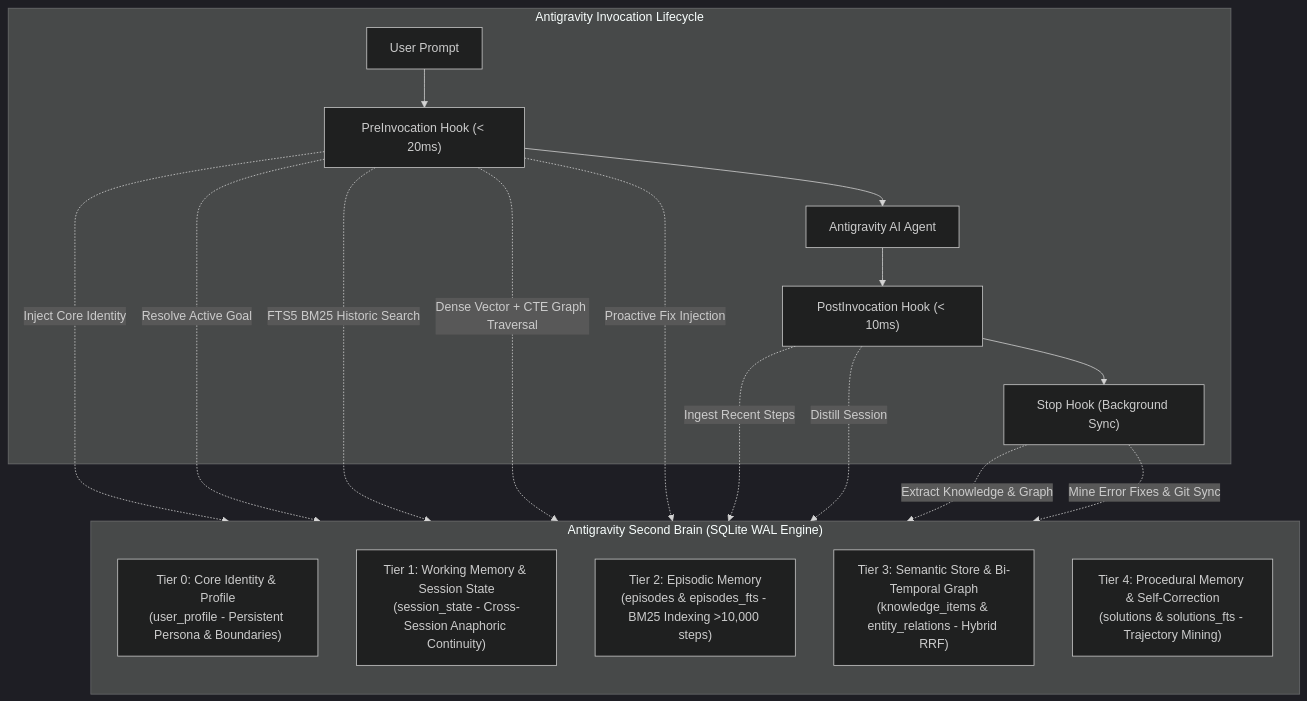
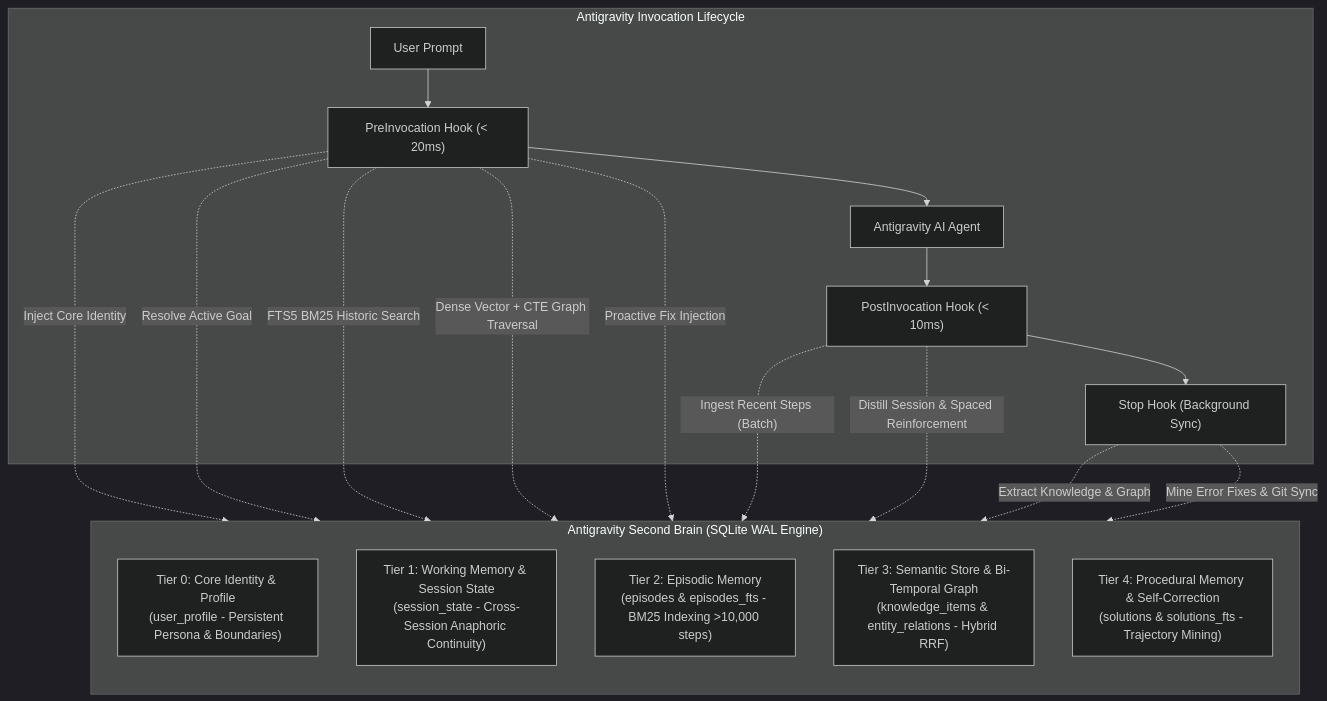
The diagram in README.md (TranVu-2005/antigravity-second-brain), drawn with Mermaid (dark theme) before and after one commit. The commit also changed other lines of this file and 22 other files, not shown here.

````diff
--- a/README.md
+++ b/README.md
@@ -18,29 +18,29 @@
 ```mermaid
 flowchart TD
     subgraph INVOCATION["Antigravity Invocation Lifecycle"]
         UserPrompt["User Prompt"] --> PreHook["PreInvocation Hook (< 20ms)"]
         PreHook --> Agent["Antigravity AI Agent"]
         Agent --> PostHook["PostInvocation Hook (< 10ms)"]
         PostHook --> StopHook["Stop Hook (Background Sync)"]
     end
 
     subgraph BRAIN["Antigravity Second Brain (SQLite WAL Engine)"]
         direction TB
         T0["Tier 0: Core Identity & Profile\n(user_profile - Persistent Persona & Boundaries)"]
         T1["Tier 1: Working Memory & Session State\n(session_state - Cross-Session Anaphoric Continuity)"]
         T2["Tier 2: Episodic Memory\n(episodes & episodes_fts - BM25 Indexing >10,000 steps)"]
         T3["Tier 3: Semantic Store & Bi-Temporal Graph\n(knowledge_items & entity_relations - Hybrid RRF)"]
         T4["Tier 4: Procedural Memory & Self-Correction\n(solutions & solutions_fts - Trajectory Mining)"]
     end
 
     PreHook -.->|"Inject Core Identity"| T0
     PreHook -.->|"Resolve Active Goal"| T1
     PreHook -.->|"FTS5 BM25 Historic Search"| T2
     PreHook -.->|"Dense Vector + CTE Graph Traversal"| T3
     PreHook -.->|"Proactive Fix Injection"| T4
 
-    PostHook -.->|"Ingest Recent Steps"| T2
-    PostHook -.->|"Distill Session"| T1
+    PostHook -.->|"Ingest Recent Steps (Batch)"| T2
+    PostHook -.->|"Distill Session & Spaced Reinforcement"| T1
     StopHook -.->|"Extract Knowledge & Graph"| T3
     StopHook -.->|"Mine Error Fixes & Git Sync"| T4
 ```
````
